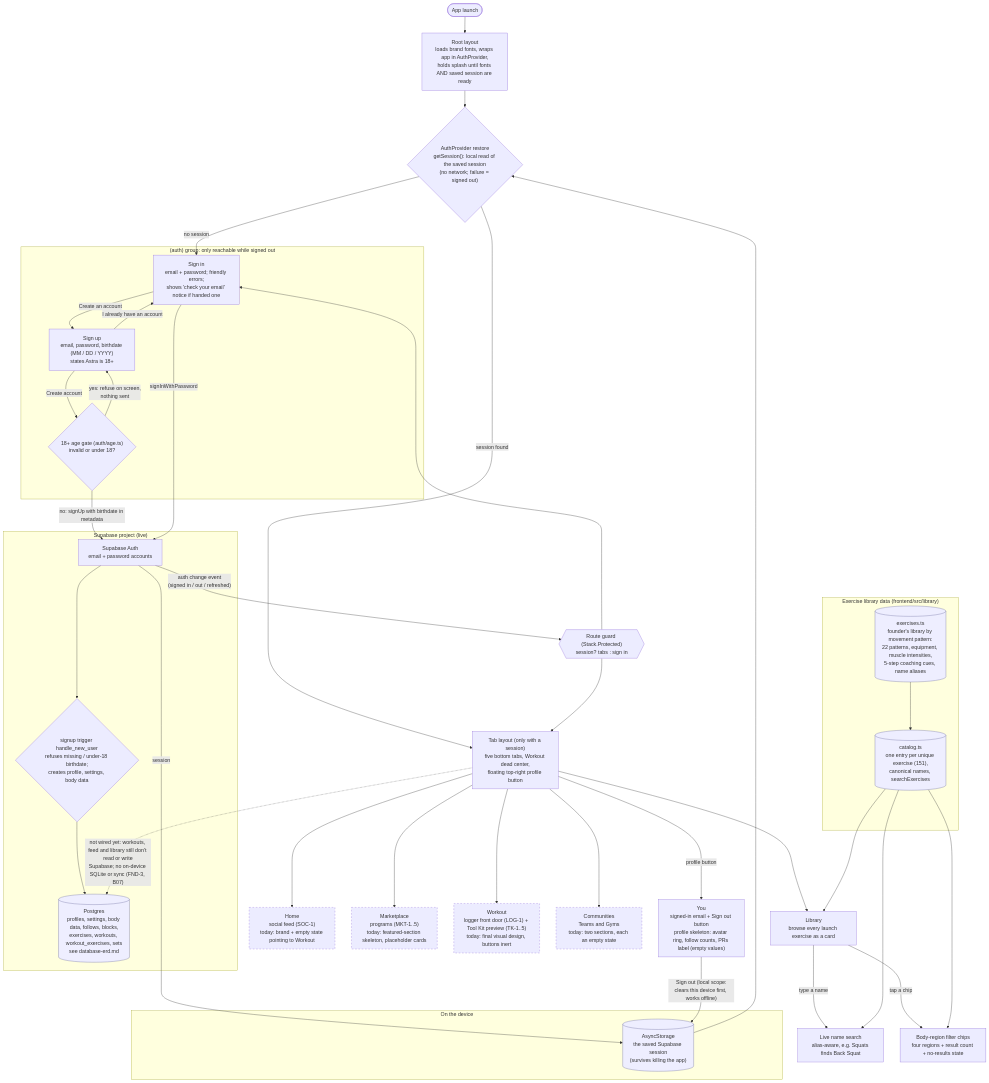
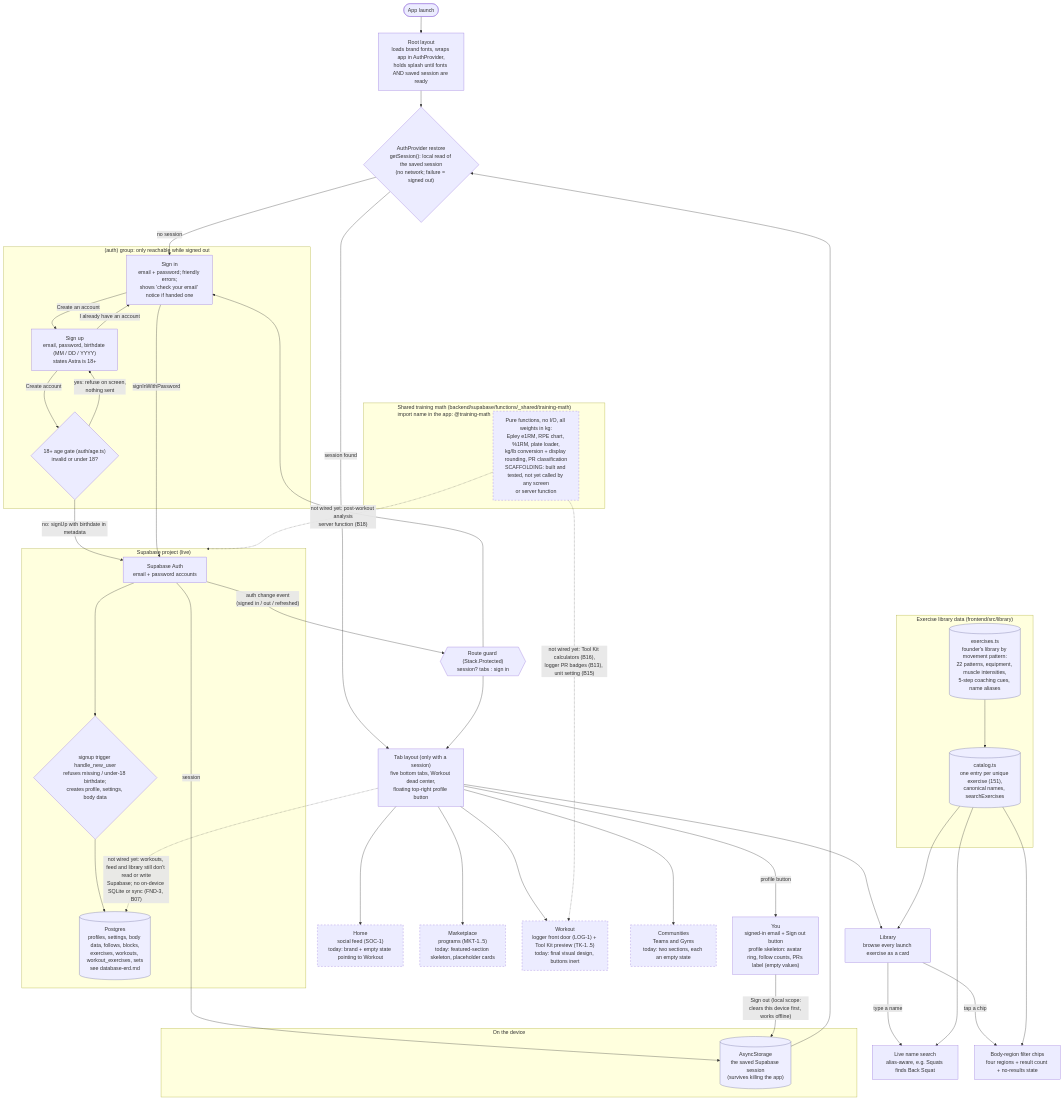
The diagram in docs/diagrams/app-flow.md (tuschuk/Astra), drawn with Mermaid before and after one commit. The commit also changed other lines of this file and 22 other files, not shown here.

First line of the commit message:
Build B06: training math module

````diff
--- a/docs/diagrams/app-flow.md
+++ b/docs/diagrams/app-flow.md
@@ -11,66 +11,72 @@
 ```mermaid
 flowchart TD
   classDef scaffold stroke-dasharray: 5 5
   classDef data fill:#eef,stroke:#669
 
   Launch([App launch]) --> Root["Root layout<br/>loads brand fonts, wraps app in AuthProvider,<br/>holds splash until fonts AND saved session are ready"]
   Root --> Restore{"AuthProvider restore<br/>getSession(): local read of the saved session<br/>(no network; failure = signed out)"}
   Restore -->|session found| Tabs
   Restore -->|no session| SignIn
 
   subgraph AuthGroup["(auth) group: only reachable while signed out"]
     SignIn["Sign in<br/>email + password; friendly errors;<br/>shows 'check your email' notice if handed one"]
     SignUp["Sign up<br/>email, password, birthdate (MM / DD / YYYY)<br/>states Astra is 18+"]
     Gate{"18+ age gate (auth/age.ts)<br/>invalid or under 18?"}
     SignIn -->|Create an account| SignUp
     SignUp -->|I already have an account| SignIn
     SignUp -->|Create account| Gate
     Gate -->|yes: refuse on screen,<br/>nothing sent| SignUp
   end
 
   Tabs["Tab layout (only with a session)<br/>five bottom tabs, Workout dead center,<br/>floating top-right profile button"]
 
   Tabs --> Home["Home<br/>social feed (SOC-1)<br/>today: brand + empty state pointing to Workout"]
   Tabs --> Market["Marketplace<br/>programs (MKT-1..5)<br/>today: featured-section skeleton, placeholder cards"]
   Tabs --> Workout["Workout<br/>logger front door (LOG-1) + Tool Kit preview (TK-1..5)<br/>today: final visual design, buttons inert"]
   Tabs --> Communities["Communities<br/>Teams and Gyms<br/>today: two sections, each an empty state"]
   Tabs --> Library["Library<br/>browse every launch exercise as a card"]
   Tabs -->|profile button| You["You<br/>signed-in email + Sign out button<br/>profile skeleton: avatar ring, follow counts, PRs label (empty values)"]
 
   Library -->|type a name| Search["Live name search<br/>alias-aware, e.g. Squats finds Back Squat"]
   Library -->|tap a chip| Filter["Body-region filter chips<br/>four regions + result count + no-results state"]
 
   subgraph LibData["Exercise library data (frontend/src/library)"]
     Seed[("exercises.ts<br/>founder's library by movement pattern:<br/>22 patterns, equipment, muscle intensities,<br/>5-step coaching cues, name aliases")]
     Catalog[("catalog.ts<br/>one entry per unique exercise (151),<br/>canonical names, searchExercises")]
     Seed --> Catalog
   end
   Catalog --> Library
   Catalog --> Search
   Catalog --> Filter
 
   subgraph Device["On the device"]
     Store[("AsyncStorage<br/>the saved Supabase session<br/>(survives killing the app)")]
   end
 
   subgraph Backend["Supabase project (live)"]
     AuthAPI["Supabase Auth<br/>email + password accounts"]
     Trigger{"signup trigger handle_new_user<br/>refuses missing / under-18 birthdate;<br/>creates profile, settings, body data"}
     DB[("Postgres<br/>profiles, settings, body data, follows, blocks,<br/>exercises, workouts, workout_exercises, sets<br/>see database-erd.md")]
     AuthAPI --> Trigger --> DB
   end
 
   Gate -->|no: signUp with birthdate in metadata| AuthAPI
   SignIn -->|signInWithPassword| AuthAPI
   AuthAPI -->|session| Store
   Store --> Restore
   AuthAPI -->|"auth change event<br/>(signed in / out / refreshed)"| Guard{{"Route guard (Stack.Protected)<br/>session? tabs : sign in"}}
   Guard --> Tabs
   Guard --> SignIn
   You -->|"Sign out (local scope:<br/>clears this device first, works offline)"| Store
 
   Tabs -.->|"not wired yet: workouts, feed and library still don't read or write<br/>Supabase; no on-device SQLite or sync (FND-3, B07)"| DB
 
-  class Home,Market,Workout,Communities scaffold
+  subgraph Shared["Shared training math (backend/supabase/functions/_shared/training-math)<br/>import name in the app: @training-math"]
+    MathMod["Pure functions, no I/O, all weights in kg:<br/>Epley e1RM, RPE chart, %1RM, plate loader,<br/>kg/lb conversion + display rounding, PR classification<br/>SCAFFOLDING: built and tested, not yet called by any screen<br/>or server function"]
+  end
+  MathMod -.->|"not wired yet: Tool Kit calculators (B16),<br/>logger PR badges (B13), unit setting (B15)"| Workout
+  MathMod -.->|"not wired yet: post-workout analysis<br/>server function (B18)"| Backend
+
+  class Home,Market,Workout,Communities,MathMod scaffold
   class Seed,Catalog,DB,Store data
 ```
````
